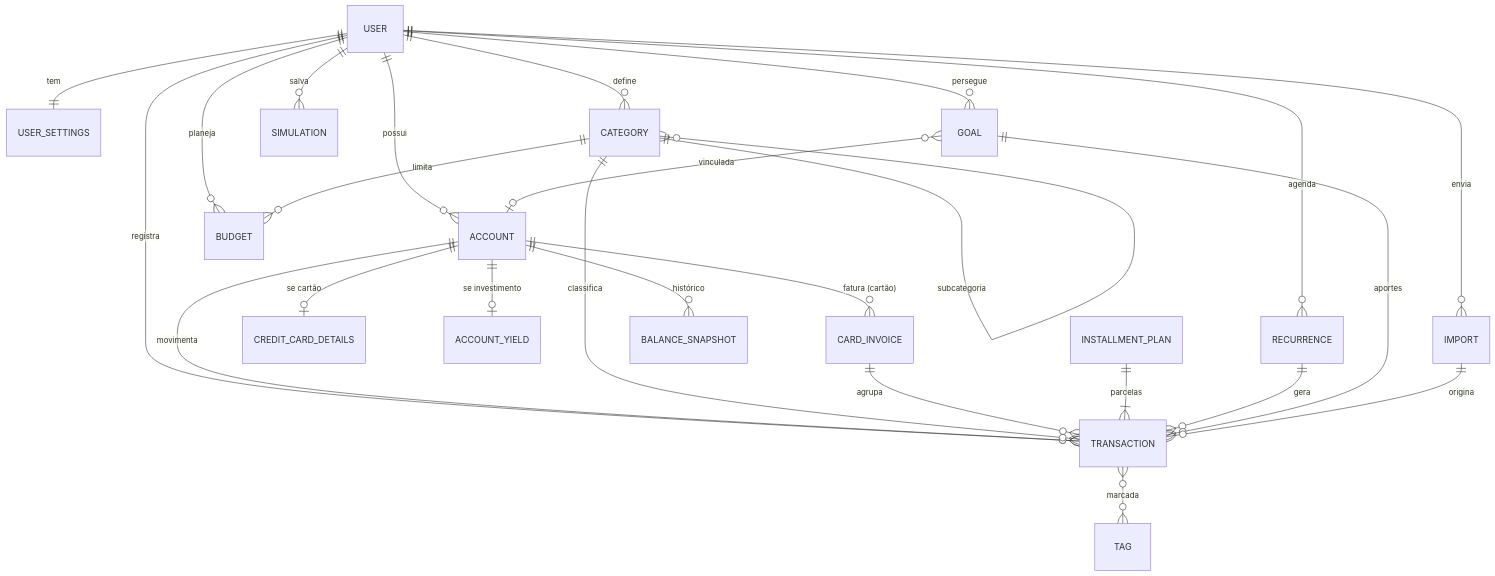
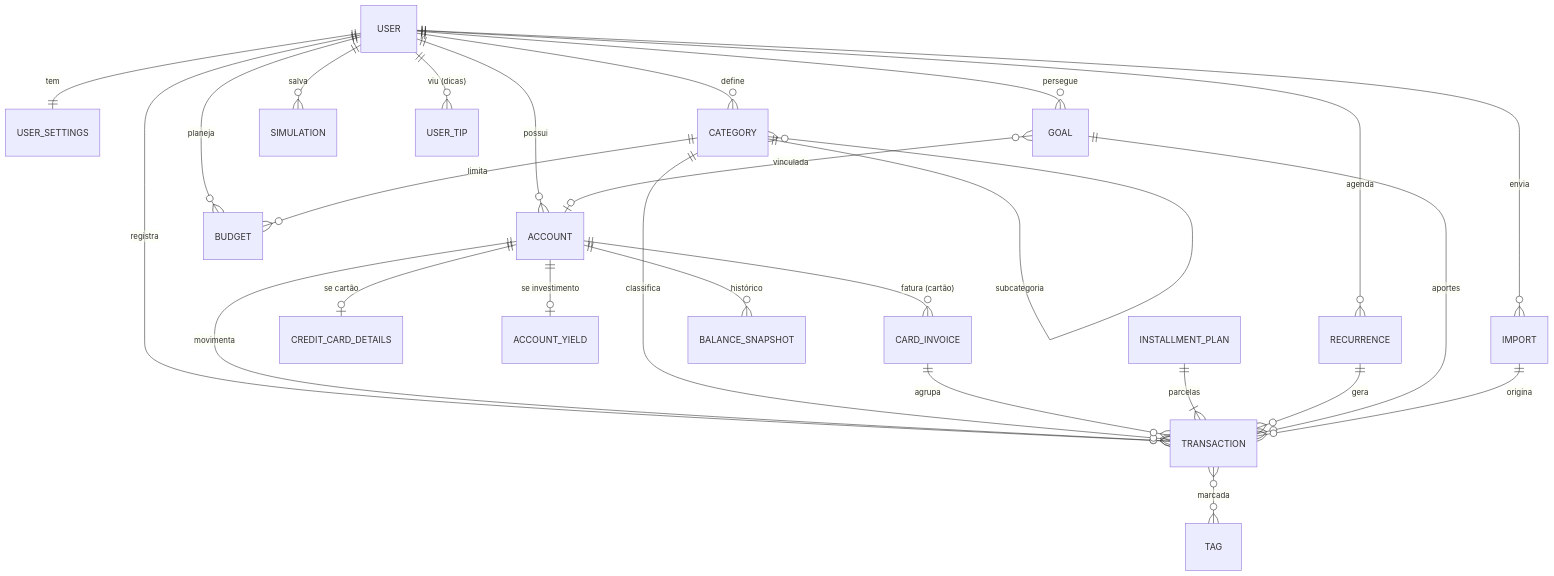
One commit to victorgabriel08fs/meu-finan changed the third of 3 diagrams in docs/01-system-design.md. Above: the diagram before and after it, drawn with Mermaid. The commit also changed other lines of this file and 3 other files, not shown here.

````diff
--- a/docs/01-system-design.md
+++ b/docs/01-system-design.md
@@ -306,27 +306,28 @@
 ```mermaid
 erDiagram
   USER ||--|| USER_SETTINGS : tem
   USER ||--o{ ACCOUNT : possui
   USER ||--o{ CATEGORY : define
   USER ||--o{ TRANSACTION : registra
   USER ||--o{ BUDGET : planeja
   USER ||--o{ GOAL : persegue
   USER ||--o{ SIMULATION : salva
   USER ||--o{ RECURRENCE : agenda
   USER ||--o{ IMPORT : envia
+  USER ||--o{ USER_TIP : "viu (dicas)"
   ACCOUNT ||--o| CREDIT_CARD_DETAILS : "se cartão"
   ACCOUNT ||--o| ACCOUNT_YIELD : "se investimento"
   ACCOUNT ||--o{ CARD_INVOICE : "fatura (cartão)"
   ACCOUNT ||--o{ TRANSACTION : movimenta
   ACCOUNT ||--o{ BALANCE_SNAPSHOT : "histórico"
   CATEGORY ||--o{ CATEGORY : "subcategoria"
   CATEGORY ||--o{ TRANSACTION : classifica
   CATEGORY ||--o{ BUDGET : limita
   CARD_INVOICE ||--o{ TRANSACTION : agrupa
   INSTALLMENT_PLAN ||--|{ TRANSACTION : "parcelas"
   RECURRENCE ||--o{ TRANSACTION : gera
   GOAL ||--o{ TRANSACTION : "aportes"
   GOAL }o--o| ACCOUNT : "vinculada"
   TRANSACTION }o--o{ TAG : marcada
   IMPORT ||--o{ TRANSACTION : origina
 ```
````
